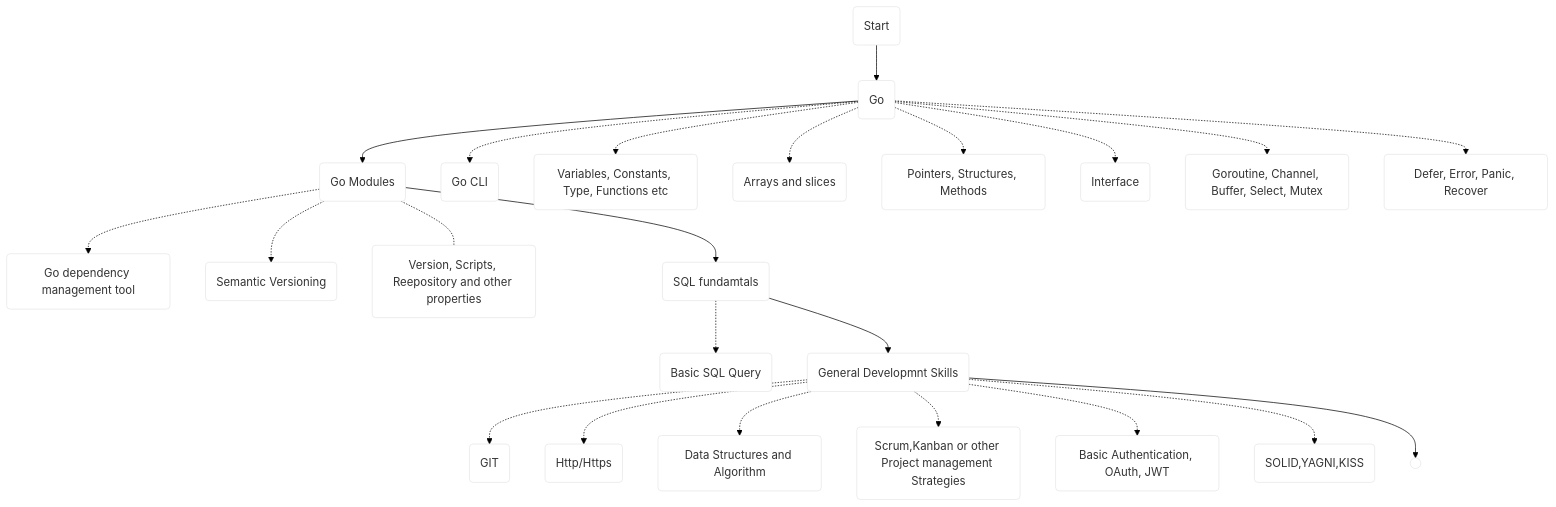
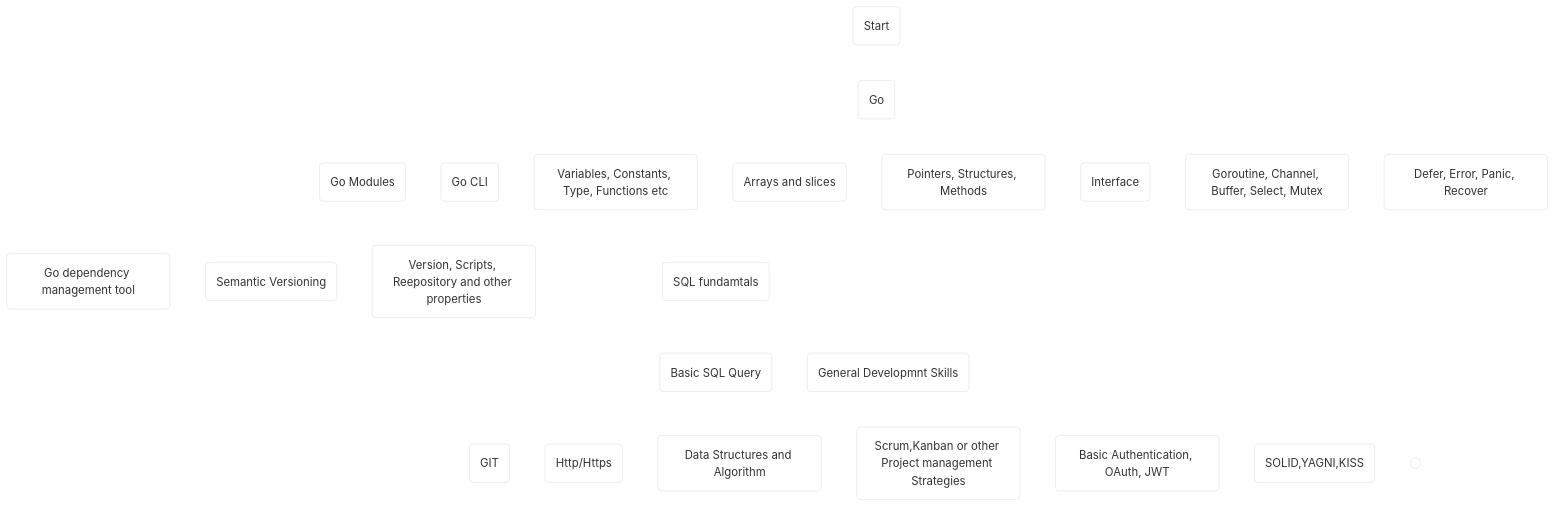
One commit to AliAkberAakash/golang-roadmap changed the diagram in README.md. Above: the diagram before and after it, drawn with Mermaid. The commit also changed other lines of this file, not shown here.

````diff
--- a/README.md
+++ b/README.md
@@ -3,27 +3,27 @@
 ```mermaid
-%%{init: {'theme': 'base', 'themeVariables': { 'primaryColor': '#ffffff', 'textColor': '#000000', 'lineColor': '#000000', 'background' : '#bbdefb'}}}%%
+%%{init: {'theme': 'base', 'themeVariables': { 'primaryColor': '#ffffff', 'textColor': '#000000', 'lineColor': '#ffffff'}}}%%
 graph TD;
     start(Start)-->A(Go)
     A-->B(Go Modules)
     A-.->A1(Go CLI)
     A-.->A2(Variables, Constants, Type, Functions etc)
     A-.->A3(Arrays and slices)
     A-.->A4(Pointers, Structures, Methods)
     A-.->A5(Interface)
     A-.->A6(Goroutine, Channel, Buffer, Select, Mutex)
     A-.->A7(Defer, Error, Panic, Recover)
     B-.->B1(Go dependency management tool)
     B-.->B2(Semantic Versioning)
     B-.-B3(Version, Scripts, Reepository and other properties)
     B-->C(SQL fundamtals)
     C-.->C1(Basic SQL Query)
     C-->D(General Developmnt Skills)
     D-.->D1(GIT)
     D-.->D2(Http/Https)
     D-.->D3(Data Structures and Algorithm)
     D-.->D4(Scrum,Kanban or other Project management Strategies)
     D-.->D5(Basic Authentication, OAuth, JWT)
     D-.->D6(SOLID,YAGNI,KISS)
     D-->E0(( ))
 
 ```
````
